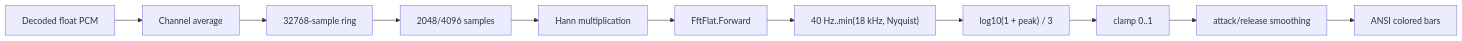
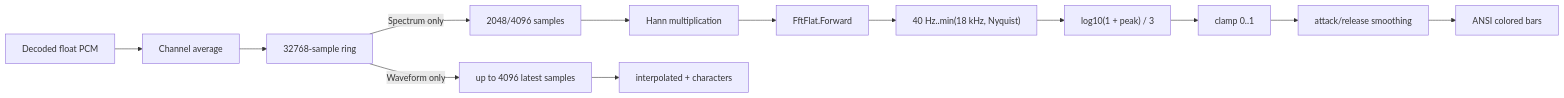
The third of 3 diagrams in docs/ARCHITECTURE.md (Geckon01/YACPlayer), drawn with Mermaid before and after one commit. The commit also changed other lines of this file and 7 other files, not shown here.

````diff
--- a/docs/ARCHITECTURE.md
+++ b/docs/ARCHITECTURE.md
@@ -246,13 +248,15 @@
 ```mermaid
 flowchart LR
     PCM["Decoded float PCM"] --> Mono["Channel average"]
     Mono --> Ring["32768-sample ring"]
-    Ring --> Window["2048/4096 samples"]
+    Ring -->|"Spectrum only"| Window["2048/4096 samples"]
     Window --> Hann["Hann multiplication"]
     Hann --> FFT["FftFlat.Forward"]
     FFT --> Bands["40 Hz..min(18 kHz, Nyquist)"]
     Bands --> Log["log10(1 + peak) / 3"]
     Log --> Clamp["clamp 0..1"]
     Clamp --> Smooth["attack/release smoothing"]
     Smooth --> Bars["ANSI colored bars"]
+    Ring -->|"Waveform only"| Latest["up to 4096 latest samples"]
+    Latest --> Plus["interpolated + characters"]
 ```
````
